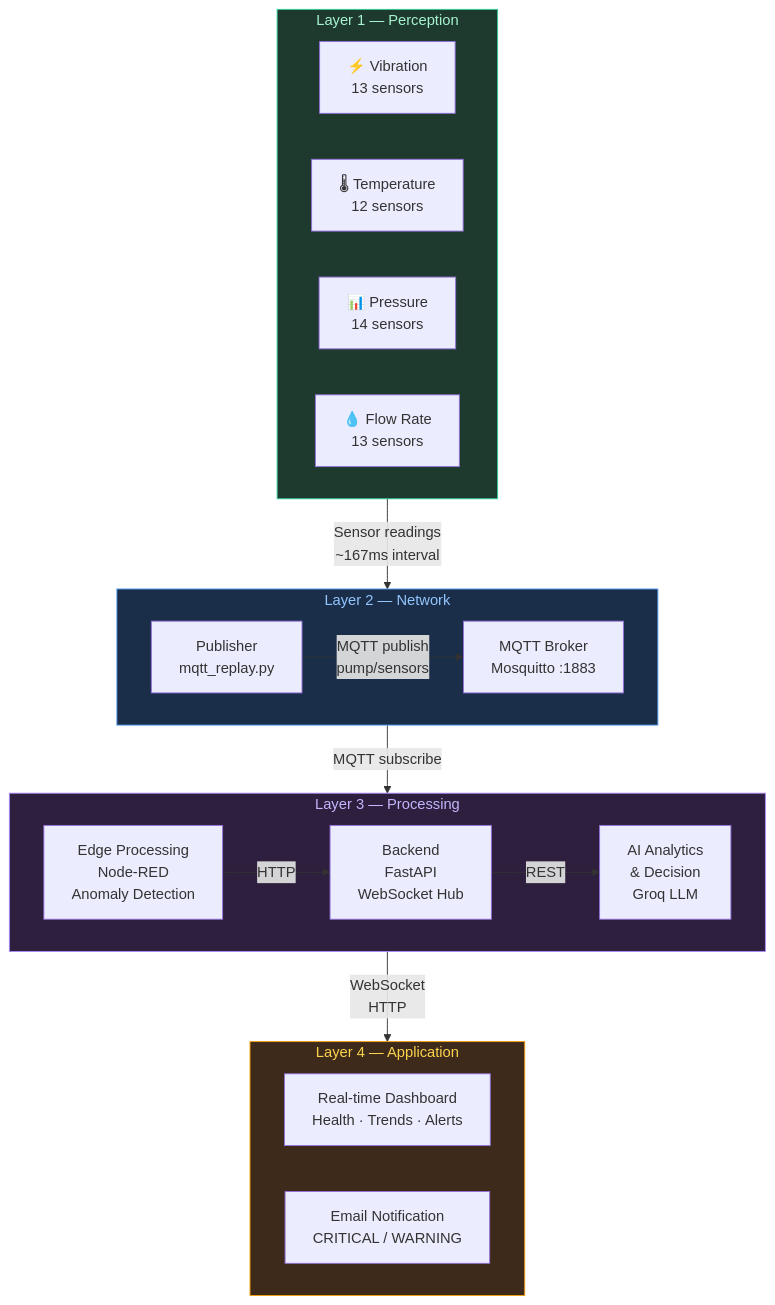
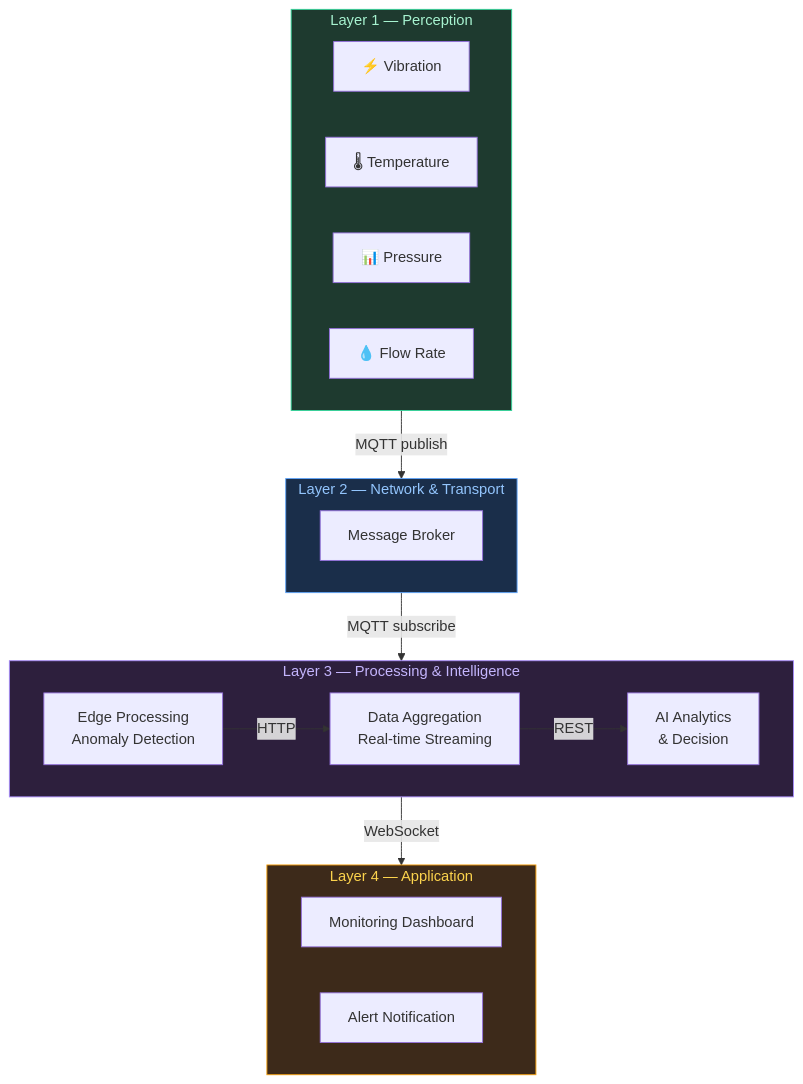
Before and after one commit to hoamx2602/demo-iot: the seventh of 7 diagrams in docs/architecture_diagrams.md, drawn with Mermaid.

Commit message:
docs: simplify IoT 4-layer diagram — roles and protocols only

````diff
--- a/docs/architecture_diagrams.md
+++ b/docs/architecture_diagrams.md
@@ -233,41 +233,39 @@
 ```mermaid
 flowchart TB
     subgraph L1["Layer 1 — Perception"]
         direction LR
-        S1["⚡ Vibration\n13 sensors"]
-        S2["🌡 Temperature\n12 sensors"]
-        S3["📊 Pressure\n14 sensors"]
-        S4["💧 Flow Rate\n13 sensors"]
+        S1["⚡ Vibration"]
+        S2["🌡 Temperature"]
+        S3["📊 Pressure"]
+        S4["💧 Flow Rate"]
     end
 
-    subgraph L2["Layer 2 — Network"]
+    subgraph L2["Layer 2 — Network & Transport"]
         direction LR
-        PUB["Publisher\nmqtt_replay.py"]
-        BROKER["MQTT Broker\nMosquitto :1883"]
-        PUB -->|"MQTT publish\npump/sensors"| BROKER
+        BROKER["Message Broker"]
     end
 
-    subgraph L3["Layer 3 — Processing"]
+    subgraph L3["Layer 3 — Processing & Intelligence"]
         direction LR
-        NR["Edge Processing\nNode-RED\nAnomaly Detection"]
-        API["Backend\nFastAPI\nWebSocket Hub"]
-        AI["AI Analytics\n& Decision\nGroq LLM"]
-        NR -->|"HTTP"| API
-        API -->|"REST"| AI
+        EDGE["Edge Processing\nAnomaly Detection"]
+        BACKEND["Data Aggregation\nReal-time Streaming"]
+        AI["AI Analytics\n& Decision"]
+        EDGE -->|"HTTP"| BACKEND
+        BACKEND -->|"REST"| AI
     end
 
     subgraph L4["Layer 4 — Application"]
         direction LR
-        DASH["Real-time Dashboard\nHealth · Trends · Alerts"]
-        EMAIL["Email Notification\nCRITICAL / WARNING"]
+        DASH["Monitoring Dashboard"]
+        NOTIF["Alert Notification"]
     end
 
-    L1 -->|"Sensor readings\n~167ms interval"| L2
+    L1 -->|"MQTT publish"| L2
     L2 -->|"MQTT subscribe"| L3
-    L3 -->|"WebSocket\nHTTP"| L4
+    L3 -->|"WebSocket"| L4
 
     style L1 fill:#1e3a2f,color:#a7f3d0,stroke:#34d399
     style L2 fill:#1a2e4a,color:#93c5fd,stroke:#60a5fa
     style L3 fill:#2d1f3d,color:#c4b5fd,stroke:#a78bfa
     style L4 fill:#3d2a1a,color:#fcd34d,stroke:#f59e0b
 ```
````
